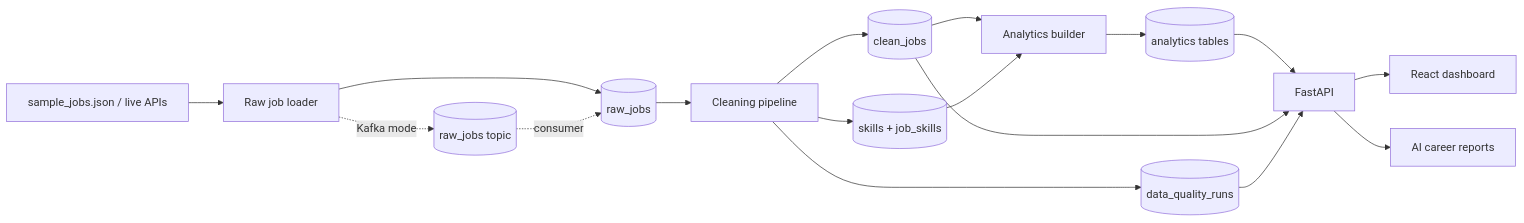
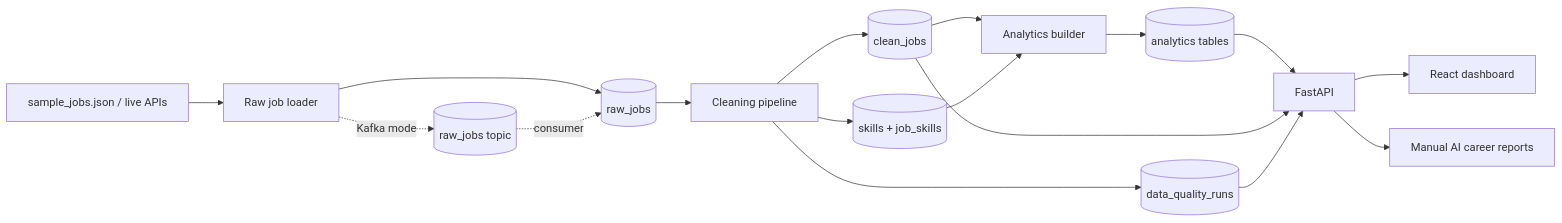
The diagram in README.md (muneeb-anjum0/StackRadar), drawn with Mermaid before and after one commit. The commit also changed other lines of this file and 27 other files, not shown here.

First line of the commit message:
Add OpenRouter career plan flow

````diff
--- a/README.md
+++ b/README.md
@@ -29,19 +29,19 @@
 ```mermaid
 flowchart LR
   A["sample_jobs.json / live APIs"] --> B["Raw job loader"]
   B --> C[("raw_jobs")]
   B -. "Kafka mode" .-> T[("raw_jobs topic")]
   T -. "consumer" .-> C
   C --> D["Cleaning pipeline"]
   D --> E[("clean_jobs")]
   D --> F[("skills + job_skills")]
   E --> G["Analytics builder"]
   F --> G
   G --> H[("analytics tables")]
   D --> I[("data_quality_runs")]
   H --> J["FastAPI"]
   E --> J
   I --> J
   J --> R["React dashboard"]
-  J --> AI["AI career reports"]
+  J --> AI["Manual AI career reports"]
 ```
````
